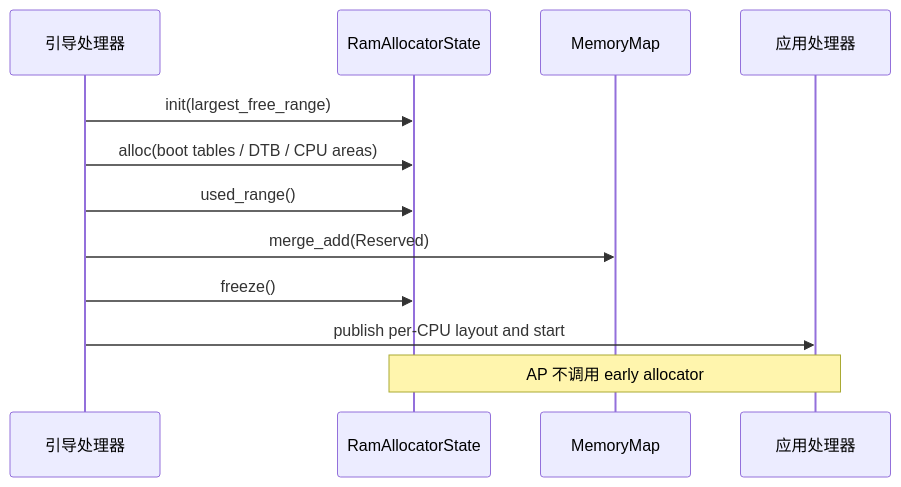
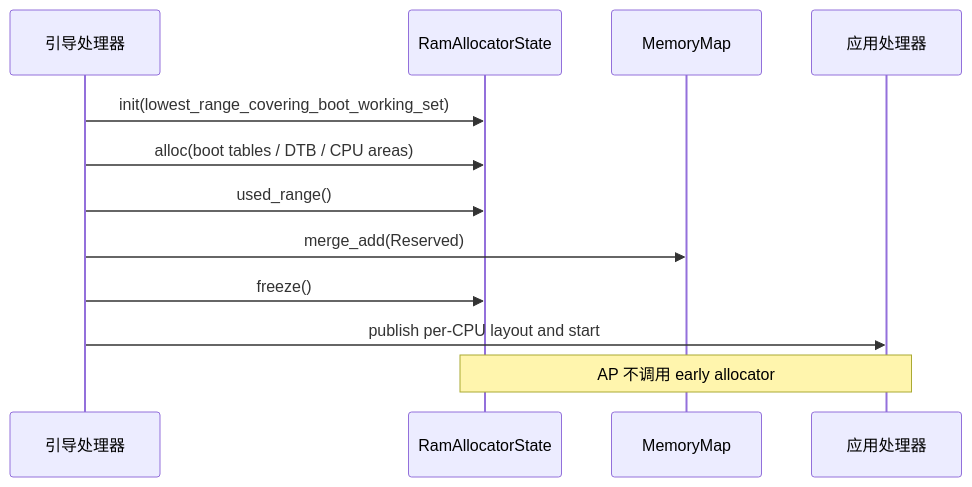
The first of 2 diagrams in docs/docs/architecture/memory/concurrency.md (rcore-os/tgoskits), drawn with Mermaid before and after one commit. The commit also changed 35 other files, not shown here.

Commit message:
fix(memory): select lowest early RAM range and fix physical page alignment

````diff
--- a/docs/docs/architecture/memory/concurrency.md
+++ b/docs/docs/architecture/memory/concurrency.md
@@ -54,15 +54,15 @@
 ```mermaid
 sequenceDiagram
     participant BSP as 引导处理器
     participant RAM as RamAllocatorState
     participant Map as MemoryMap
     participant AP as 应用处理器
 
-    BSP->>RAM: init(largest_free_range)
+    BSP->>RAM: init(lowest_range_covering_boot_working_set)
     BSP->>RAM: alloc(boot tables / DTB / CPU areas)
     BSP->>RAM: used_range()
     BSP->>Map: merge_add(Reserved)
     BSP->>RAM: freeze()
     BSP->>AP: publish per-CPU layout and start
     Note over AP,RAM: AP 不调用 early allocator
 ```
````
